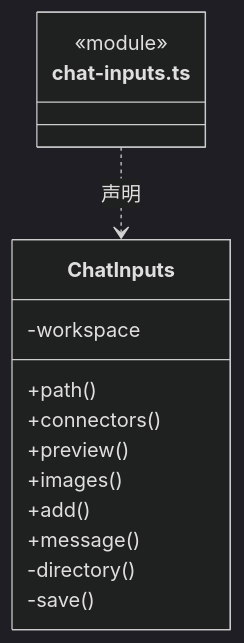
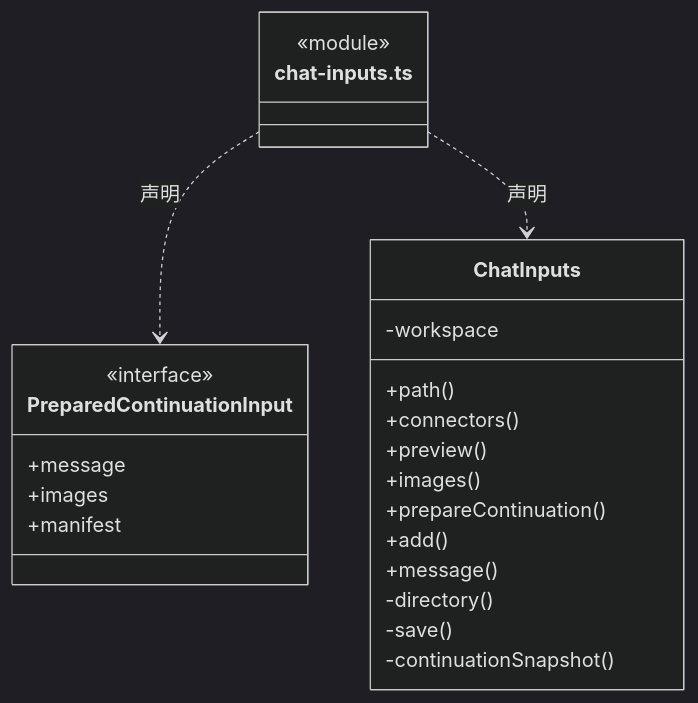
One commit to nan023062/cbim changed the third of 8 diagrams in src/backend/main/persistence/tasks/ARCHITECTURE.md. Above: the diagram before and after it, drawn with Mermaid (dark theme). The commit also changed other lines of this file and 41 other files, not shown here.

First line of the commit message:
feat: 支持安全等待时补充文件与图片

````diff
--- a/src/backend/main/persistence/tasks/ARCHITECTURE.md
+++ b/src/backend/main/persistence/tasks/ARCHITECTURE.md
@@ -56,18 +56,27 @@
 ```mermaid
 classDiagram
 class N_src_backend_main_persistence_tasks_chat_inputs_ts["chat-inputs.ts"] {
   <<module>>
 }
+class N_src_backend_main_persistence_tasks_chat_inputs_ts_PreparedContinuationInput["PreparedContinuationInput"] {
+  <<interface>>
+  +message
+  +images
+  +manifest
+}
+N_src_backend_main_persistence_tasks_chat_inputs_ts ..> N_src_backend_main_persistence_tasks_chat_inputs_ts_PreparedContinuationInput : 声明
 class N_src_backend_main_persistence_tasks_chat_inputs_ts_ChatInputs["ChatInputs"] {
   +path()
   +connectors()
   +preview()
   +images()
+  +prepareContinuation()
   +add()
   +message()
   -workspace
   -directory()
   -save()
+  -continuationSnapshot()
 }
 N_src_backend_main_persistence_tasks_chat_inputs_ts ..> N_src_backend_main_persistence_tasks_chat_inputs_ts_ChatInputs : 声明
 ```
````
